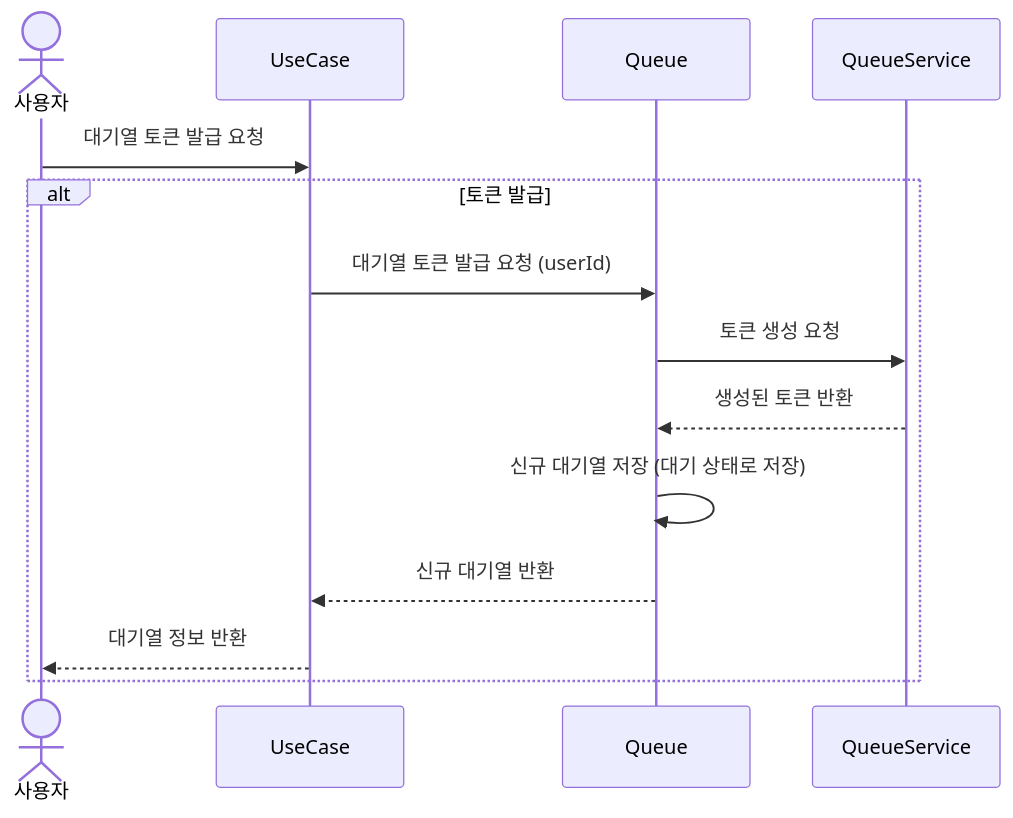
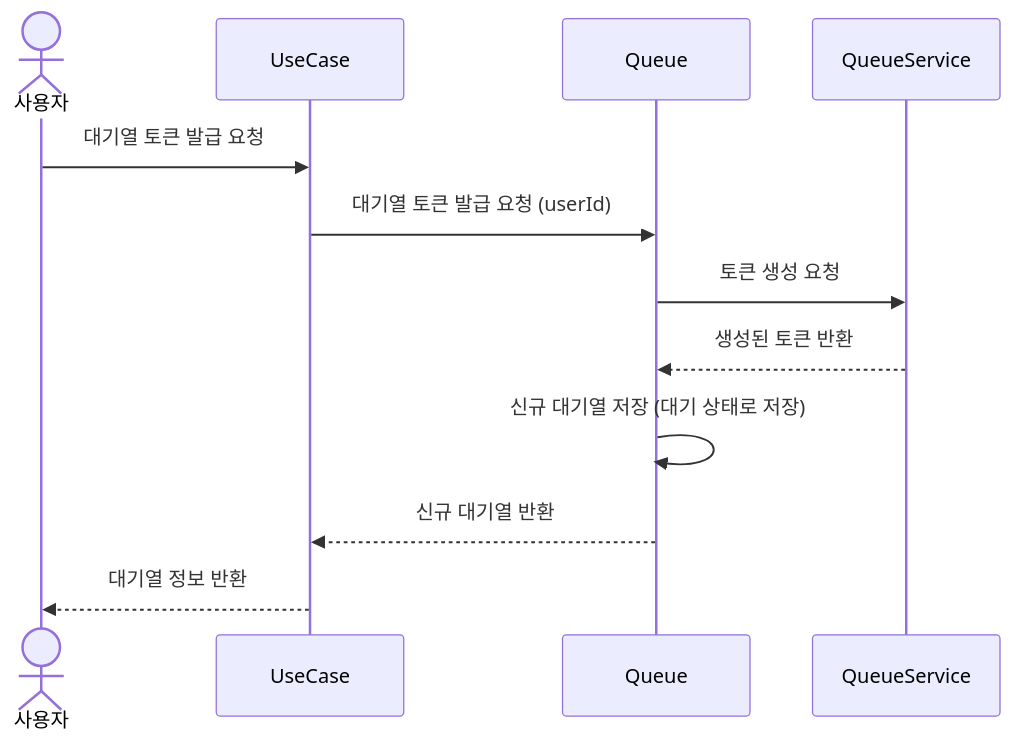
The first of 6 diagrams in docs/SEQUENCE_DIAGRAM.md (kwantke/concert_reservation-system), drawn with Mermaid before and after one commit. The commit also changed other lines of this file, not shown here.

Commit message:
대기열 요청 시퀀스 수정
alt가 불필요하여 제거

````diff
--- a/docs/SEQUENCE_DIAGRAM.md
+++ b/docs/SEQUENCE_DIAGRAM.md
@@ -15,18 +15,18 @@
 ```mermaid
 sequenceDiagram
   actor 사용자 as 사용자
   participant UseCase as UseCase
   participant Queue as Queue
   participant QueueService as QueueService
 
   사용자 ->> UseCase: 대기열 토큰 발급 요청
 
-  alt 토큰 발급
-    UseCase ->> Queue: 대기열 토큰 발급 요청 (userId)
-    Queue ->> QueueService: 토큰 생성 요청
-    QueueService -->> Queue: 생성된 토큰 반환
-    Queue ->> Queue: 신규 대기열 저장 (대기 상태로 저장)
-    Queue -->> UseCase: 신규 대기열 반환
-    UseCase -->> 사용자: 대기열 정보 반환
-  end
+
+  UseCase ->> Queue: 대기열 토큰 발급 요청 (userId)
+  Queue ->> QueueService: 토큰 생성 요청
+  QueueService -->> Queue: 생성된 토큰 반환
+  Queue ->> Queue: 신규 대기열 저장 (대기 상태로 저장)
+  Queue -->> UseCase: 신규 대기열 반환
+  UseCase -->> 사용자: 대기열 정보 반환
+
 ```
````
